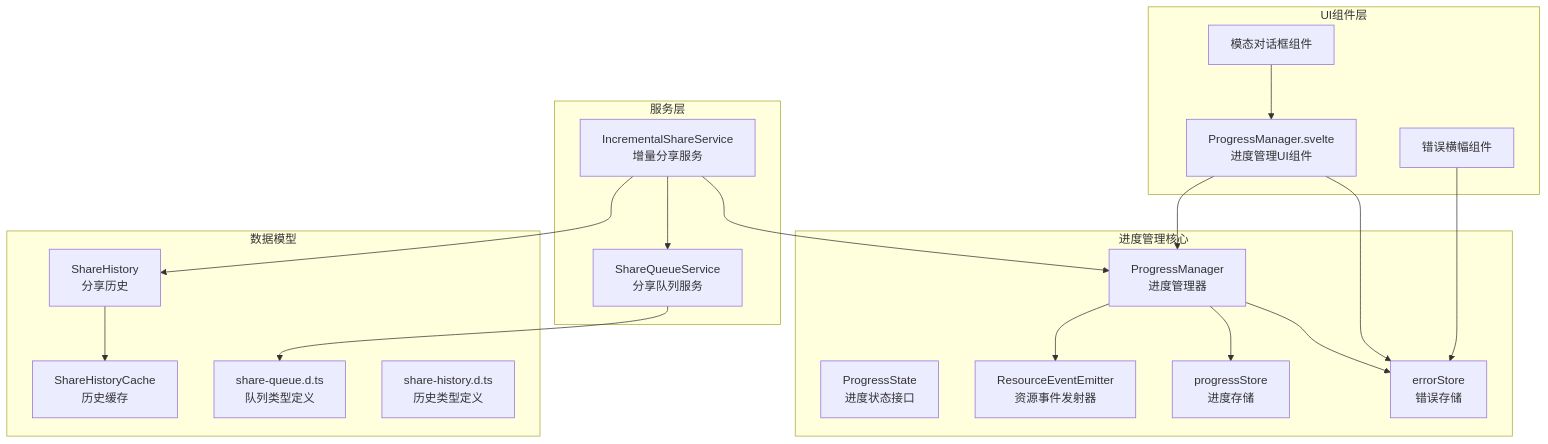
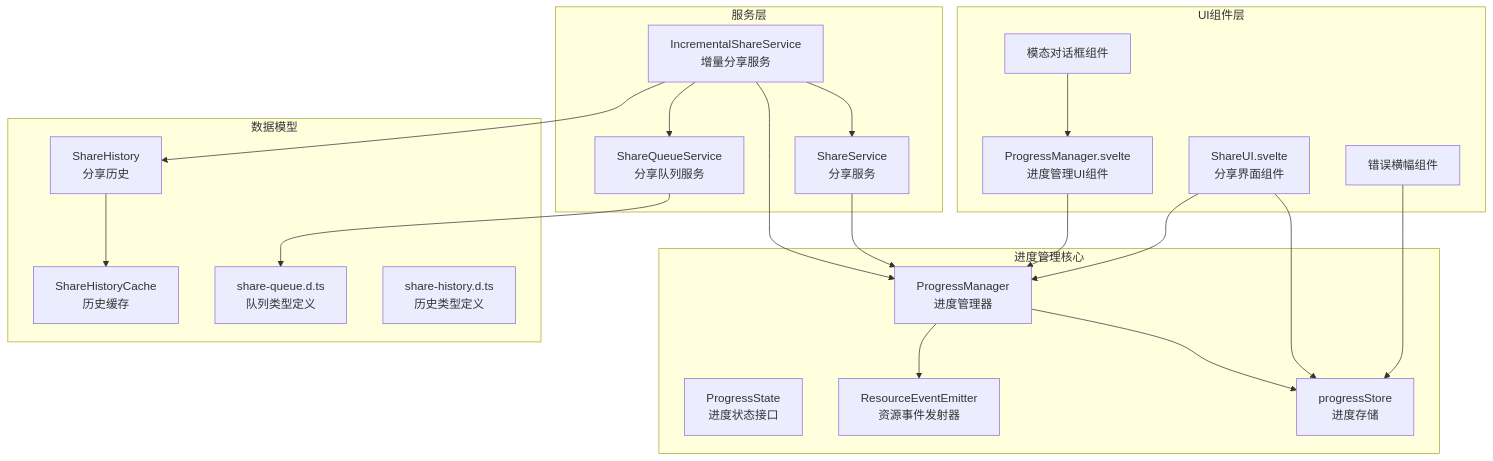
The first of 10 diagrams in .qoder/repowiki/zh/content/Progress Management Enhancements.md (terwerinc/siyuan-plugin-share-pro), drawn with Mermaid before and after one commit. The commit also changed other lines of this file and 5 other files, not shown here.

````diff
--- a/.qoder/repowiki/zh/content/Progress Management Enhancements.md
+++ b/.qoder/repowiki/zh/content/Progress Management Enhancements.md
@@ -65,37 +71,40 @@
 ```mermaid
 graph TB
 subgraph "进度管理核心"
 PM[ProgressManager<br/>进度管理器]
 PS[ProgressState<br/>进度状态接口]
 RES[ResourceEventEmitter<br/>资源事件发射器]
 PStore[progressStore<br/>进度存储]
-EStore[errorStore<br/>错误存储]
 end
 subgraph "UI组件层"
 PMSvelte[ProgressManager.svelte<br/>进度管理UI组件]
+ShareUI[ShareUI.svelte<br/>分享界面组件]
 ErrorBanner[错误横幅组件]
 ModalDialog[模态对话框组件]
 end
 subgraph "服务层"
 ISS[IncrementalShareService<br/>增量分享服务]
 SQS[ShareQueueService<br/>分享队列服务]
+SS[ShareService<br/>分享服务]
 end
 subgraph "数据模型"
 SH[ShareHistory<br/>分享历史]
 SHC[ShareHistoryCache<br/>历史缓存]
 TQ[share-queue.d.ts<br/>队列类型定义]
 TH[share-history.d.ts<br/>历史类型定义]
 end
 PM --> PStore
-PM --> EStore
 PM --> RES
 ISS --> PM
 ISS --> SQS
+ISS --> SS
+SS --> PM
 SQS --> TQ
 ISS --> SH
 SH --> SHC
 PMSvelte --> PM
-PMSvelte --> EStore
-ErrorBanner --> EStore
+ShareUI --> PM
+ShareUI --> PStore
+ErrorBanner --> PStore
 ModalDialog --> PMSvelte
 ```
````
